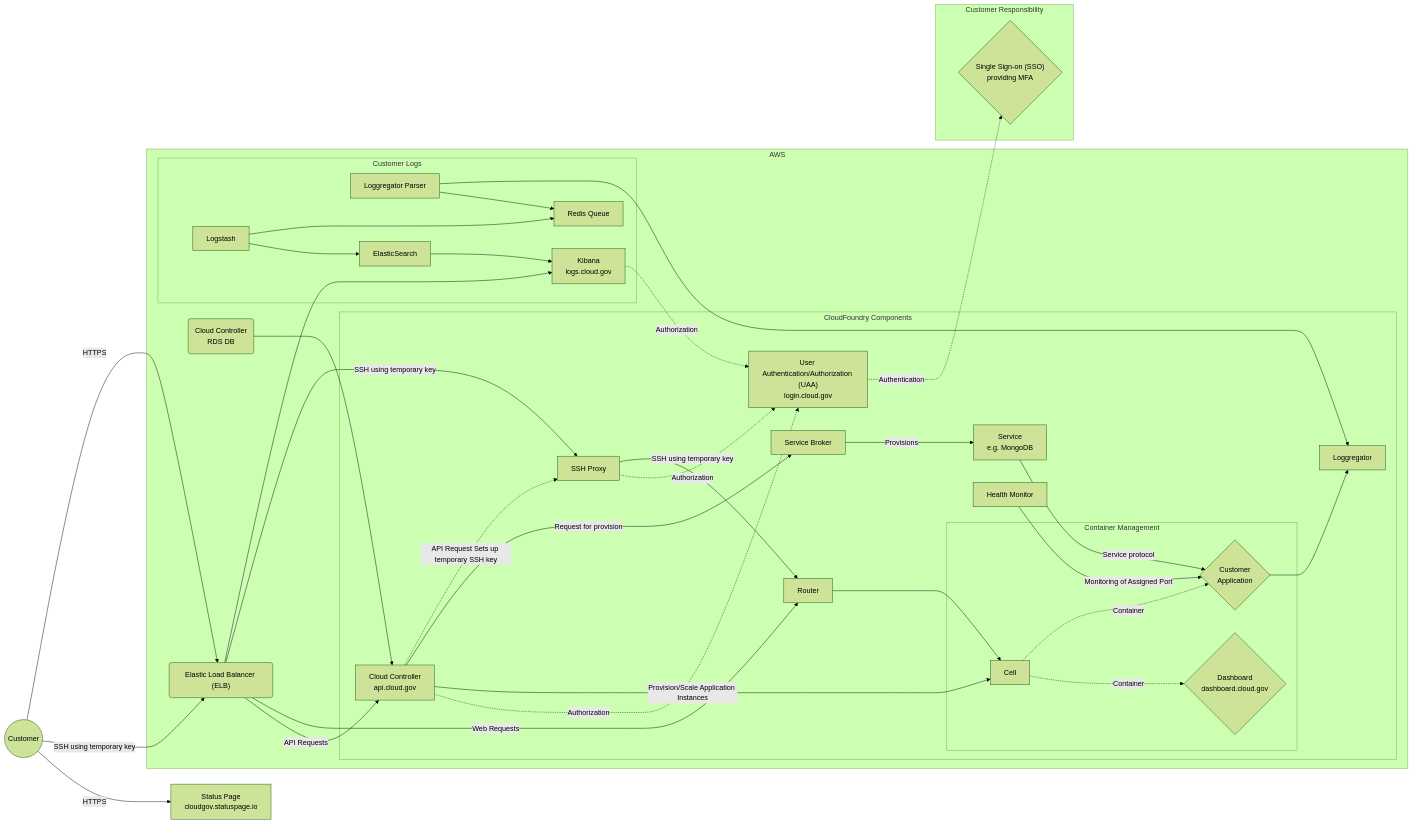
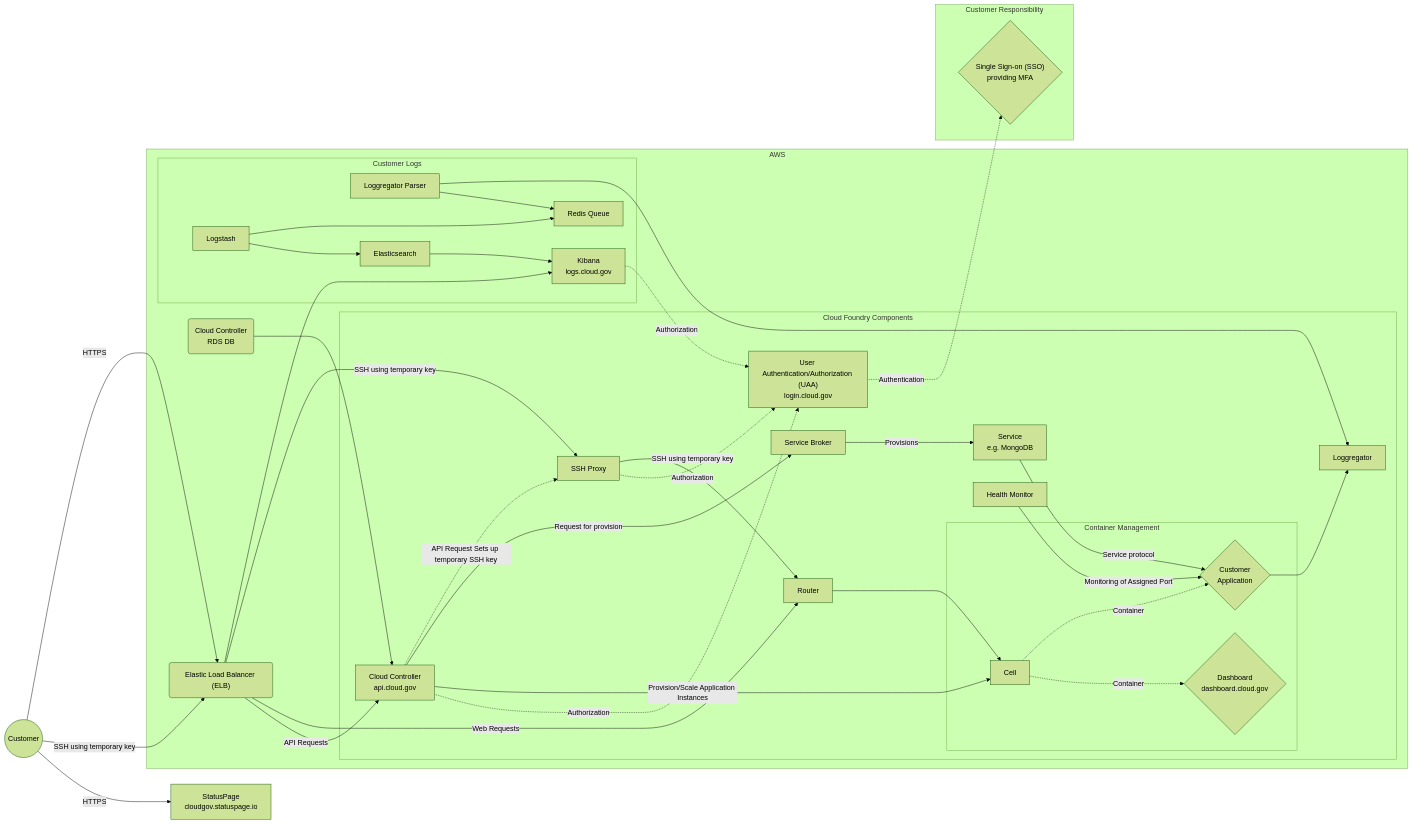
One commit to cloud-gov/system-diagrams changed the diagram in source/diagrams/10-4.1-customer-data-flow.mmd. Above: the diagram before and after it, drawn with Mermaid (forest theme). The commit also changed 3 other files, not shown here.

```diff
--- a/source/diagrams/10-4.1-customer-data-flow.mmd
+++ b/source/diagrams/10-4.1-customer-data-flow.mmd
@@ -1,68 +1,68 @@
 %% title: 10-4.1 Customer Data Flow
 %% description: Section 10 - System Environment - Figure 10-4.1 Customer Data Flow
 graph LR
   subgraph AWS
-    subgraph CloudFoundry Components
+    subgraph Cloud Foundry Components
       subgraph Container Management
         Cell["Cell"]
         AppContainer{"Customer<br>Application"}
         Dashboard{Dashboard<br>dashboard.cloud.gov}
       end
       Router[Router]
       SSHProxy[SSH Proxy]
       UAA["User Authentication/Authorization (UAA)<br>login.cloud.gov"]
       CloudController[Cloud Controller<br>api.cloud.gov]
       ServiceBroker[Service Broker]
       Service["Service<br>e.g. MongoDB"]
       HM[Health Monitor]
       Loggregator[Loggregator]
     end
     subgraph Customer Logs
       Parser[Loggregator Parser]
       Q[Redis Queue]
       Logstash[Logstash]
-      ES[ElasticSearch]
+      ES[Elasticsearch]
       Kibana[Kibana<br>logs.cloud.gov]
     end
     ELB("Elastic Load Balancer (ELB)")
     CloudControllerDB(Cloud Controller<br>RDS DB)
   end
   subgraph Customer Responsibility
     SAML{"Single Sign-on (SSO)<br>providing MFA"}
   end
   Customer((Customer))
-  statuspage["Status Page<br>cloudgov.statuspage.io"]
+  statuspage["StatusPage<br>cloudgov.statuspage.io"]
 
 
   Router-->Cell
   SSHProxy--SSH using temporary key-->Router
   CloudController-.API Request Sets up temporary SSH key.->SSHProxy
   CloudController--Request for provision-->ServiceBroker
   CloudController--Provision/Scale Application Instances-->Cell
   CloudControllerDB-->CloudController
   ServiceBroker--Provisions-->Service
   Service--Service protocol-->AppContainer
   HM--Monitoring of Assigned Port-->AppContainer
   Cell-.Container.->AppContainer
   AppContainer-->Loggregator
   Cell-.Container.->Dashboard
 
   Parser-->Loggregator
   Parser-->Q
   Logstash-->Q
   Logstash-->ES
   ES-->Kibana
 
   Customer--HTTPS-->ELB
   Customer--SSH using temporary key-->ELB
   Customer--HTTPS-->statuspage
 
   ELB --SSH using temporary key--> SSHProxy
   ELB --Web Requests--> Router
   ELB --API Requests--> CloudController
   ELB --> Kibana
 
   UAA-.Authentication.->SAML
   CloudController-.Authorization.->UAA
   SSHProxy-.Authorization.->UAA
   Kibana-.Authorization.->UAA
```
